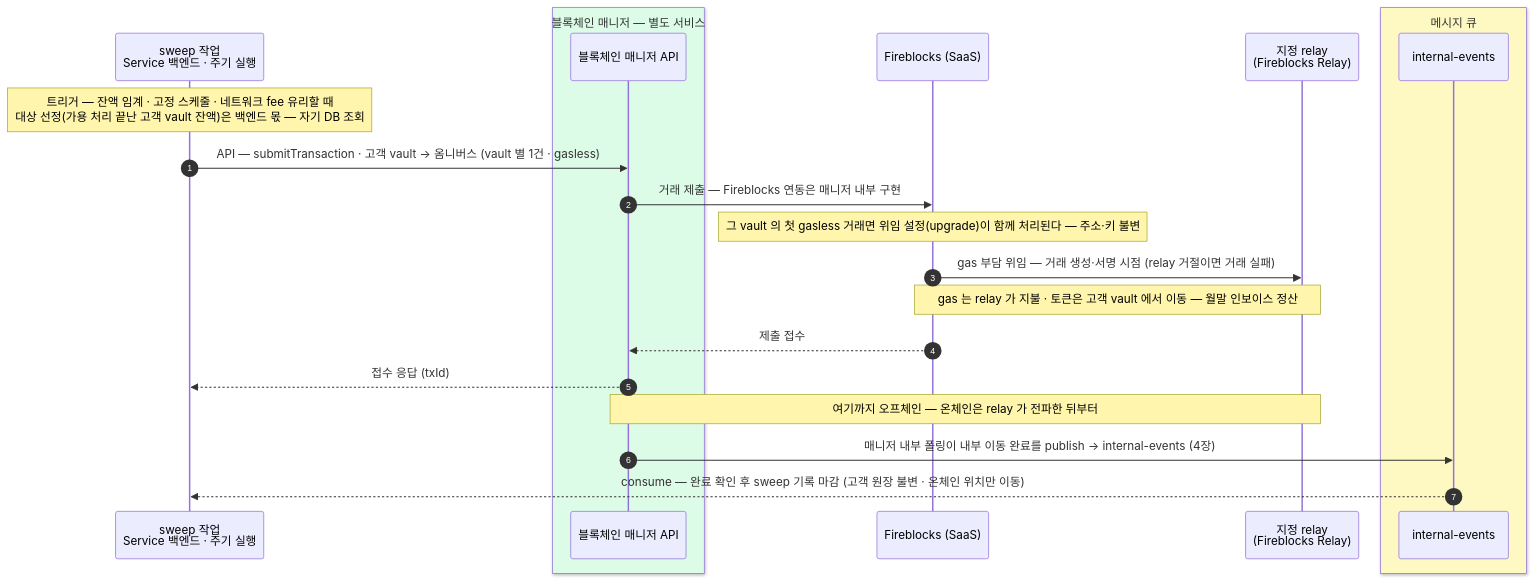
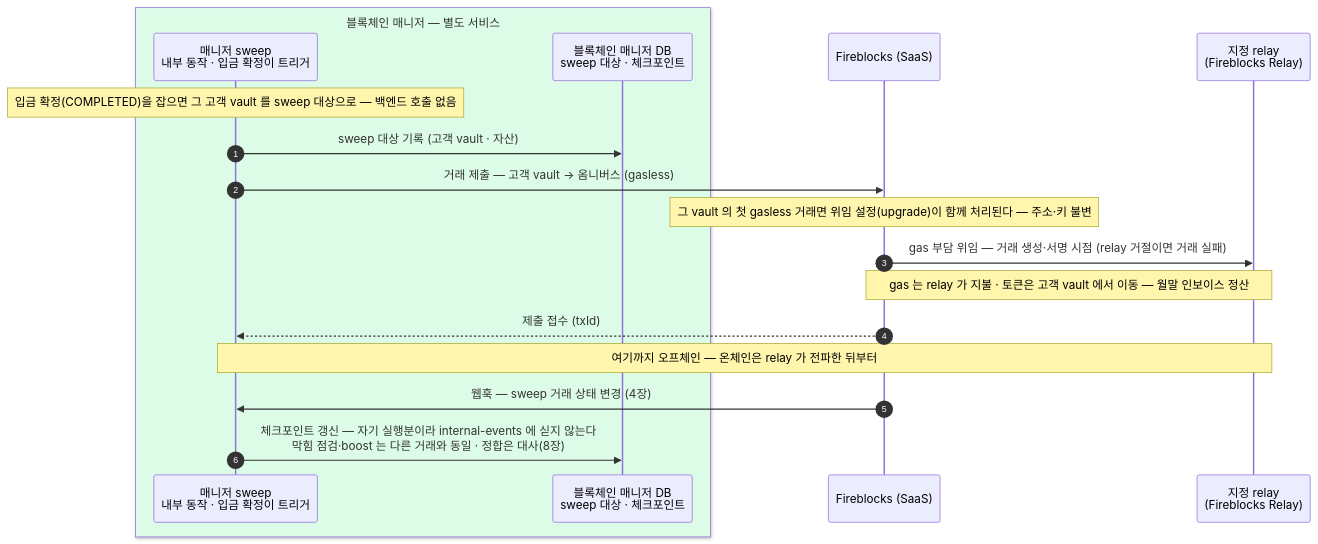
The second of 2 diagrams in blockchain-manager/docs/블록체인매니저/설계/05-deposit.md (eunsujeo/eunpus), drawn with Mermaid before and after one commit. The commit also changed other lines of this file and 31 other files, not shown here.

````diff
--- a/blockchain-manager/docs/블록체인매니저/설계/05-deposit.md
+++ b/blockchain-manager/docs/블록체인매니저/설계/05-deposit.md
@@ -88,25 +84,21 @@
 ```mermaid
 sequenceDiagram
     autonumber
-    participant SW as sweep 작업<br/>Service 백엔드 · 주기 실행
     box rgb(220,252,231) 블록체인 매니저 — 별도 서비스
-    participant BM as 블록체인 매니저 API
+    participant BM as 매니저 sweep<br/>내부 동작 · 입금 확정이 트리거
+    participant MDB as 블록체인 매니저 DB<br/>sweep 대상 · 체크포인트
     end
     participant FB as Fireblocks (SaaS)
     participant RL as 지정 relay<br/>(Fireblocks Relay)
-    box rgb(254,249,195) 메시지 큐
-    participant MQ as internal-events
-    end
 
-    Note over SW: 트리거 — 잔액 임계 · 고정 스케줄 · 네트워크 fee 유리할 때<br/>대상 선정(가용 처리 끝난 고객 vault 잔액)은 백엔드 몫 — 자기 DB 조회
-    SW->>BM: API — submitTransaction · 고객 vault → 옴니버스 (vault 별 1건 · gasless)
-    BM->>FB: 거래 제출 — Fireblocks 연동은 매니저 내부 구현
+    Note over BM: 입금 확정(COMPLETED)을 잡으면 그 고객 vault 를 sweep 대상으로 — 백엔드 호출 없음
+    BM->>MDB: sweep 대상 기록 (고객 vault · 자산)
+    BM->>FB: 거래 제출 — 고객 vault → 옴니버스 (gasless)
     Note over FB: 그 vault 의 첫 gasless 거래면 위임 설정(upgrade)이 함께 처리된다 — 주소·키 불변
     FB->>RL: gas 부담 위임 — 거래 생성·서명 시점 (relay 거절이면 거래 실패)
     Note over FB,RL: gas 는 relay 가 지불 · 토큰은 고객 vault 에서 이동 — 월말 인보이스 정산
-    FB-->>BM: 제출 접수
-    BM-->>SW: 접수 응답 (txId)
+    FB-->>BM: 제출 접수 (txId)
     Note over BM,RL: 여기까지 오프체인 — 온체인은 relay 가 전파한 뒤부터
-    BM->>MQ: 매니저 내부 폴링이 내부 이동 완료를 publish → internal-events (4장)
-    MQ-->>SW: consume — 완료 확인 후 sweep 기록 마감 (고객 원장 불변 · 온체인 위치만 이동)
+    FB->>BM: 웹훅 — sweep 거래 상태 변경 (4장)
+    BM->>MDB: 체크포인트 갱신 — 자기 실행분이라 internal-events 에 싣지 않는다<br/>막힘 점검·boost 는 다른 거래와 동일 · 정합은 대사(8장)
 ```
````
